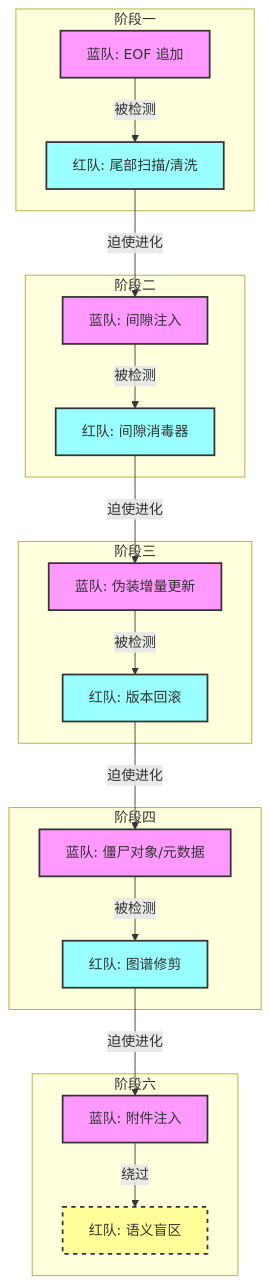
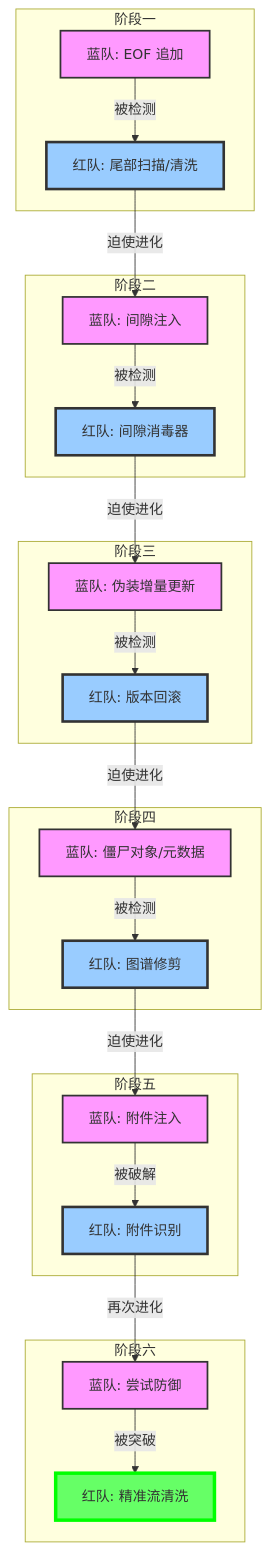
One commit to hrygo/phantom-stream changed the diagram in attacker/REPORT_v1.md. Above: the diagram before and after it, drawn with Mermaid. The commit also changed other lines of this file and 17 other files, not shown here.

````diff
--- a/attacker/REPORT_v1.md
+++ b/attacker/REPORT_v1.md
@@ -18,38 +19,46 @@
 ```mermaid
 graph TD
     subgraph Phase1 [阶段一]
     D1[蓝队: EOF 追加] -->|被检测| A1[红队: 尾部扫描/清洗]
     end
     
     subgraph Phase2 [阶段二]
     A1 -->|迫使进化| D2[蓝队: 间隙注入]
     D2 -->|被检测| A2[红队: 间隙消毒器]
     end
     
     subgraph Phase3 [阶段三]
     A2 -->|迫使进化| D3[蓝队: 伪装增量更新]
     D3 -->|被检测| A3[红队: 版本回滚]
     end
     
     subgraph Phase4 [阶段四]
     A3 -->|迫使进化| D4[蓝队: 僵尸对象/元数据]
     D4 -->|被检测| A4[红队: 图谱修剪]
     end
 
-    subgraph Phase6 [阶段六]
-    A4 -->|迫使进化| D6[蓝队: 附件注入]
-    D6 -->|绕过| A6[红队: 语义盲区]
+    subgraph Phase5 [阶段五]
+    A4 -->|迫使进化| D5[蓝队: 附件注入]
+    D5 -->|被破解| A5[红队: 附件识别]
     end
-    
+
     style D1 fill:#f9f,stroke:#333,stroke-width:2px
     style D2 fill:#f9f,stroke:#333,stroke-width:2px
     style D3 fill:#f9f,stroke:#333,stroke-width:2px
     style D4 fill:#f9f,stroke:#333,stroke-width:2px
+    style D5 fill:#f9f,stroke:#333,stroke-width:2px
+
+    style A1 fill:#9cf,stroke:#333,stroke-width:3px
+    style A2 fill:#9cf,stroke:#333,stroke-width:3px
+    style A3 fill:#9cf,stroke:#333,stroke-width:3px
+    style A4 fill:#9cf,stroke:#333,stroke-width:3px
+    style A5 fill:#9cf,stroke:#333,stroke-width:3px
+
+    subgraph Phase6 [阶段六]
+    A5 -->|再次进化| D6[蓝队: 尝试防御]
+    D6 -->|被突破| A6[红队: 精准流清洗]
+    end
+
     style D6 fill:#f9f,stroke:#333,stroke-width:2px
-    
-    style A1 fill:#9ff,stroke:#333,stroke-width:2px
-    style A2 fill:#9ff,stroke:#333,stroke-width:2px
-    style A3 fill:#9ff,stroke:#333,stroke-width:2px
-    style A4 fill:#9ff,stroke:#333,stroke-width:2px
-    style A6 fill:#ff9,stroke:#333,stroke-width:2px,stroke-dasharray: 5 5
+    style A6 fill:#6f6,stroke:#0f0,stroke-width:4px
 ```
````
